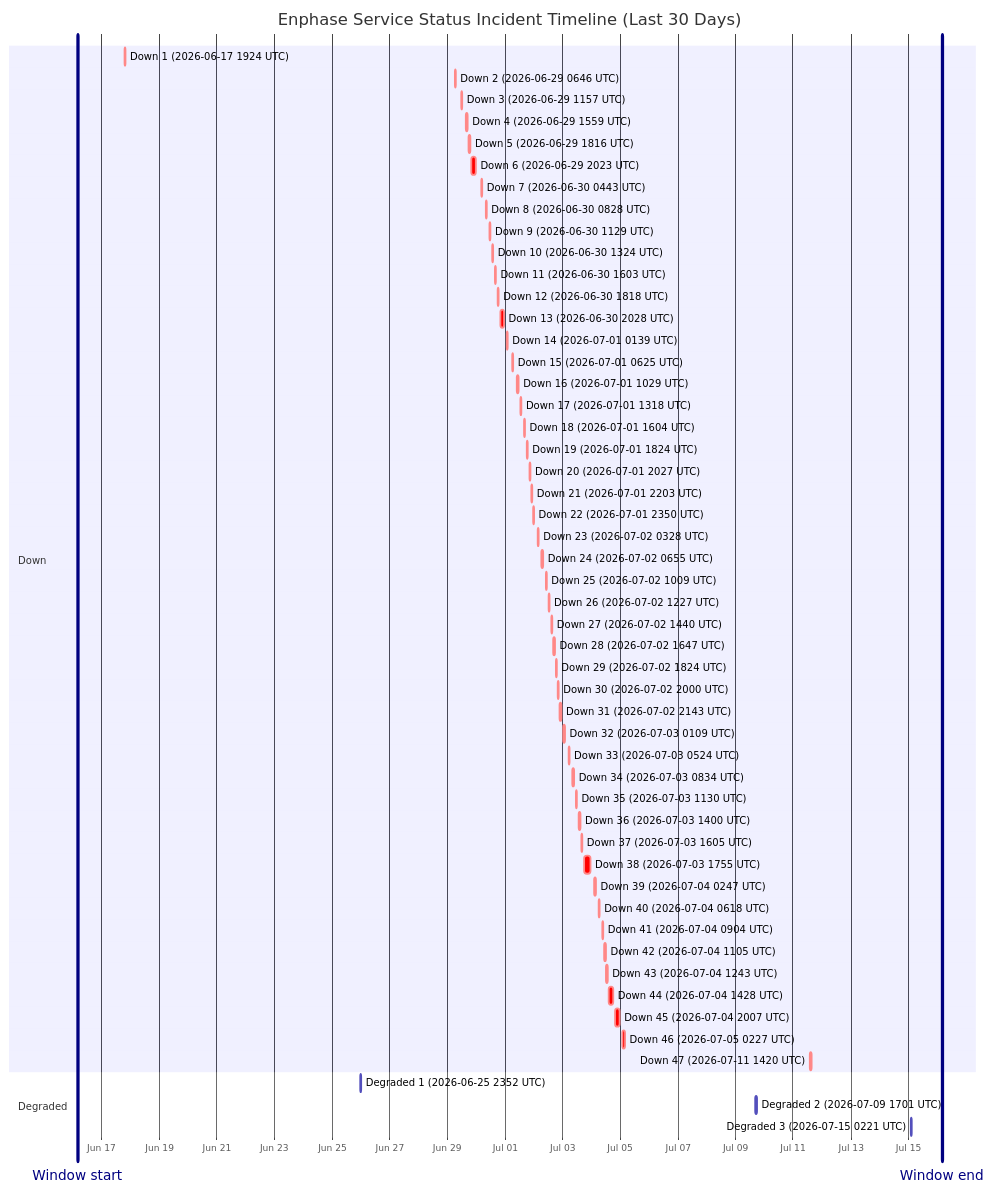
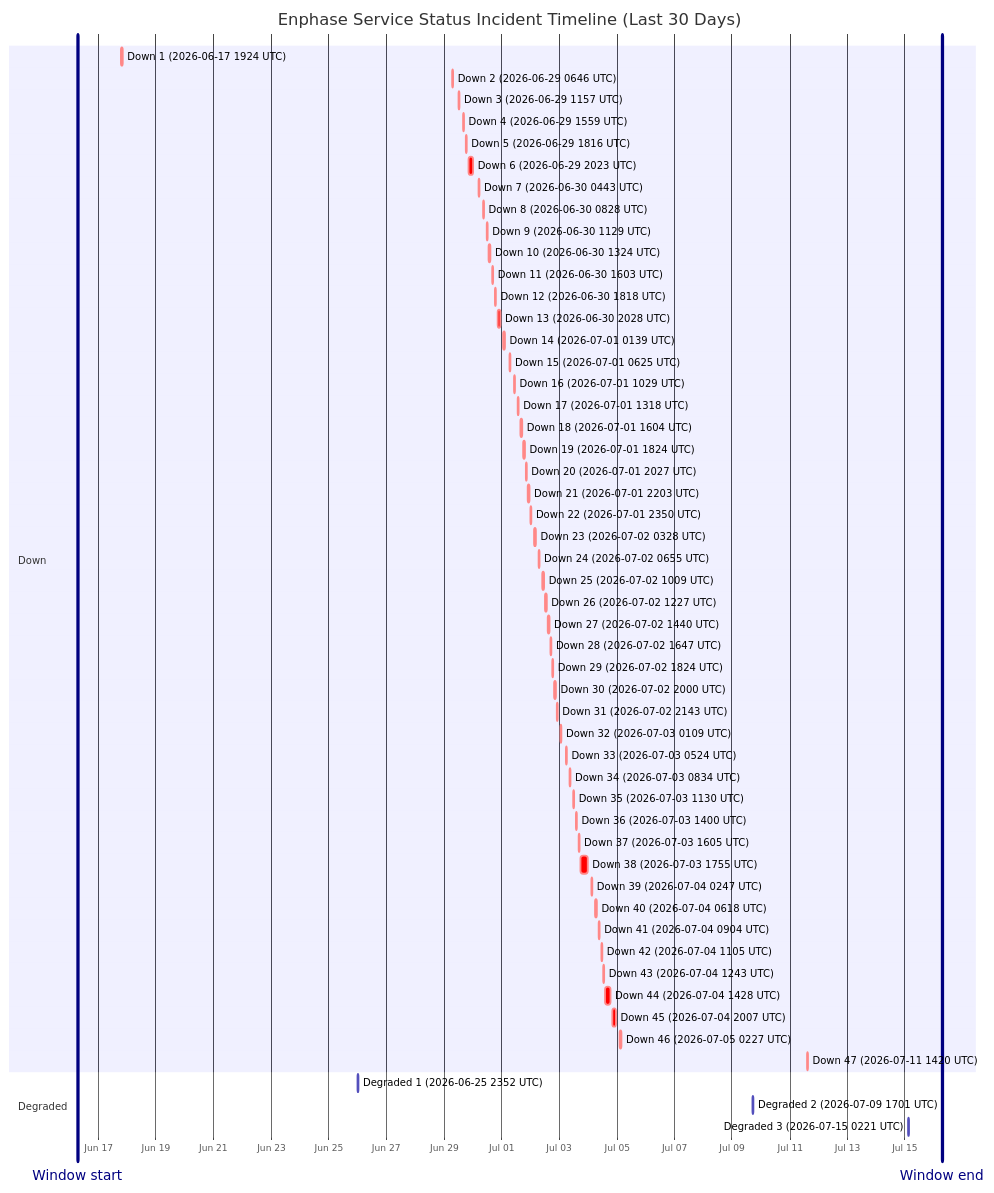
One commit to barneyonline/ha-enphase-energy changed the diagram in wiki/Service-Status-History.md. Above: the diagram before and after it, drawn with Mermaid. The commit also changed other lines of this file and 3 other files, not shown here.

````diff
--- a/wiki/Service-Status-History.md
+++ b/wiki/Service-Status-History.md
@@ -14,60 +14,60 @@
 ```mermaid
 gantt
     title Enphase Service Status Incident Timeline (Last 30 Days)
     dateFormat  YYYY-MM-DDTHH:mm:ss
     axisFormat  %b %d
-    Window start :vert, window-start, 2026-06-16T04:07:20, 0ms
-    Window end :vert, window-end, 2026-07-16T04:07:20, 0ms
+    Window start :vert, window-start, 2026-06-16T06:41:53, 0ms
+    Window end :vert, window-end, 2026-07-16T06:41:53, 0ms
     section Down
     Down 1 (2026-06-17 1924 UTC) :crit, down-1, 2026-06-17T19:24:51, 60m
     Down 2 (2026-06-29 0646 UTC) :crit, down-2, 2026-06-29T06:46:18, 60m
     Down 3 (2026-06-29 1157 UTC) :crit, down-3, 2026-06-29T11:57:36, 60m
     Down 4 (2026-06-29 1559 UTC) :crit, down-4, 2026-06-29T15:59:02, 60m
     Down 5 (2026-06-29 1816 UTC) :crit, down-5, 2026-06-29T18:16:38, 60m
     Down 6 (2026-06-29 2023 UTC) :crit, down-6, 2026-06-29T20:23:16, 220m
     Down 7 (2026-06-30 0443 UTC) :crit, down-7, 2026-06-30T04:43:54, 60m
     Down 8 (2026-06-30 0828 UTC) :crit, down-8, 2026-06-30T08:28:43, 60m
     Down 9 (2026-06-30 1129 UTC) :crit, down-9, 2026-06-30T11:29:15, 60m
     Down 10 (2026-06-30 1324 UTC) :crit, down-10, 2026-06-30T13:24:25, 60m
     Down 11 (2026-06-30 1603 UTC) :crit, down-11, 2026-06-30T16:03:26, 60m
     Down 12 (2026-06-30 1818 UTC) :crit, down-12, 2026-06-30T18:18:39, 60m
     Down 13 (2026-06-30 2028 UTC) :crit, down-13, 2026-06-30T20:28:54, 171m
     Down 14 (2026-07-01 0139 UTC) :crit, down-14, 2026-07-01T01:39:18, 60m
     Down 15 (2026-07-01 0625 UTC) :crit, down-15, 2026-07-01T06:25:35, 60m
     Down 16 (2026-07-01 1029 UTC) :crit, down-16, 2026-07-01T10:29:24, 60m
     Down 17 (2026-07-01 1318 UTC) :crit, down-17, 2026-07-01T13:18:31, 60m
     Down 18 (2026-07-01 1604 UTC) :crit, down-18, 2026-07-01T16:04:29, 60m
     Down 19 (2026-07-01 1824 UTC) :crit, down-19, 2026-07-01T18:24:21, 60m
     Down 20 (2026-07-01 2027 UTC) :crit, down-20, 2026-07-01T20:27:17, 60m
     Down 21 (2026-07-01 2203 UTC) :crit, down-21, 2026-07-01T22:03:46, 60m
     Down 22 (2026-07-01 2350 UTC) :crit, down-22, 2026-07-01T23:50:52, 60m
     Down 23 (2026-07-02 0328 UTC) :crit, down-23, 2026-07-02T03:28:33, 60m
     Down 24 (2026-07-02 0655 UTC) :crit, down-24, 2026-07-02T06:55:07, 60m
     Down 25 (2026-07-02 1009 UTC) :crit, down-25, 2026-07-02T10:09:15, 60m
     Down 26 (2026-07-02 1227 UTC) :crit, down-26, 2026-07-02T12:27:49, 60m
     Down 27 (2026-07-02 1440 UTC) :crit, down-27, 2026-07-02T14:40:53, 60m
     Down 28 (2026-07-02 1647 UTC) :crit, down-28, 2026-07-02T16:47:47, 60m
     Down 29 (2026-07-02 1824 UTC) :crit, down-29, 2026-07-02T18:24:26, 60m
     Down 30 (2026-07-02 2000 UTC) :crit, down-30, 2026-07-02T20:00:57, 60m
     Down 31 (2026-07-02 2143 UTC) :crit, down-31, 2026-07-02T21:43:52, 80m
     Down 32 (2026-07-03 0109 UTC) :crit, down-32, 2026-07-03T01:09:19, 60m
     Down 33 (2026-07-03 0524 UTC) :crit, down-33, 2026-07-03T05:24:23, 60m
     Down 34 (2026-07-03 0834 UTC) :crit, down-34, 2026-07-03T08:34:05, 60m
     Down 35 (2026-07-03 1130 UTC) :crit, down-35, 2026-07-03T11:30:41, 60m
     Down 36 (2026-07-03 1400 UTC) :crit, down-36, 2026-07-03T14:00:48, 60m
     Down 37 (2026-07-03 1605 UTC) :crit, down-37, 2026-07-03T16:05:49, 60m
     Down 38 (2026-07-03 1755 UTC) :crit, down-38, 2026-07-03T17:55:54, 338m
     Down 39 (2026-07-04 0247 UTC) :crit, down-39, 2026-07-04T02:47:22, 60m
     Down 40 (2026-07-04 0618 UTC) :crit, down-40, 2026-07-04T06:18:09, 60m
     Down 41 (2026-07-04 0904 UTC) :crit, down-41, 2026-07-04T09:04:41, 60m
     Down 42 (2026-07-04 1105 UTC) :crit, down-42, 2026-07-04T11:05:21, 60m
     Down 43 (2026-07-04 1243 UTC) :crit, down-43, 2026-07-04T12:43:25, 60m
     Down 44 (2026-07-04 1428 UTC) :crit, down-44, 2026-07-04T14:28:07, 243m
     Down 45 (2026-07-04 2007 UTC) :crit, down-45, 2026-07-04T20:07:50, 206m
     Down 46 (2026-07-05 0227 UTC) :crit, down-46, 2026-07-05T02:27:32, 109m
     Down 47 (2026-07-11 1420 UTC) :crit, down-47, 2026-07-11T14:20:54, 69m
     section Degraded
     Degraded 1 (2026-06-25 2352 UTC) :active, degraded-1, 2026-06-25T23:52:01, 60m
     Degraded 2 (2026-07-09 1701 UTC) :active, degraded-2, 2026-07-09T17:01:02, 60m
     Degraded 3 (2026-07-15 0221 UTC) :active, degraded-3, 2026-07-15T02:21:35, 60m
 ```
````
